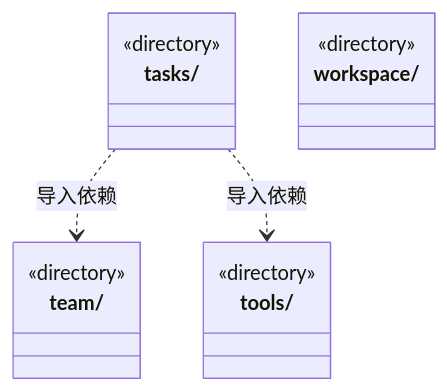
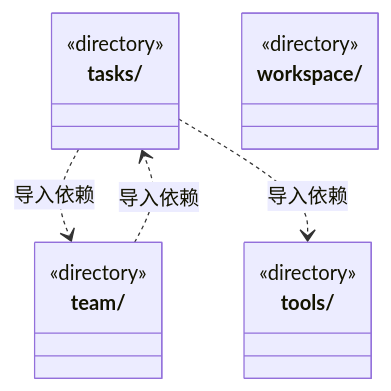
One commit to nan023062/cbim changed the second of 2 diagrams in src/backend/core/ARCHITECTURE.md. Above: the diagram before and after it, drawn with Mermaid. The commit also changed other lines of this file and 240 other files, not shown here.

````diff
--- a/src/backend/core/ARCHITECTURE.md
+++ b/src/backend/core/ARCHITECTURE.md
@@ -42,17 +42,18 @@
 ```mermaid
 classDiagram
 class N_src_backend_core_tasks["tasks/"] {
   <<directory>>
 }
 class N_src_backend_core_team["team/"] {
   <<directory>>
 }
 class N_src_backend_core_tools["tools/"] {
   <<directory>>
 }
 class N_src_backend_core_workspace["workspace/"] {
   <<directory>>
 }
 N_src_backend_core_tasks ..> N_src_backend_core_team : 导入依赖
 N_src_backend_core_tasks ..> N_src_backend_core_tools : 导入依赖
+N_src_backend_core_team ..> N_src_backend_core_tasks : 导入依赖
 ```
````
